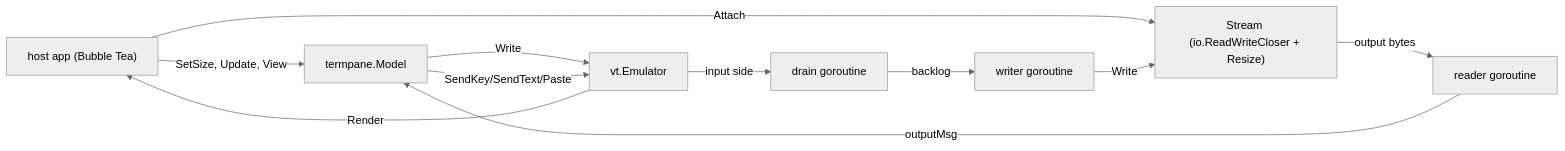
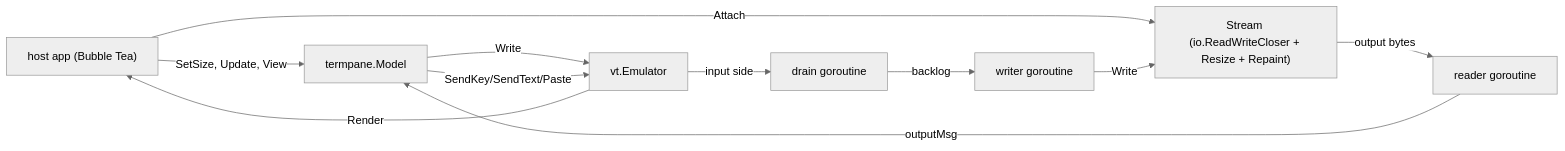
The diagram in termpane/DESIGN.md (discobox-ai/discobox), drawn with Mermaid (neutral theme) before and after one commit. The commit also changed other lines of this file and 18 other files, not shown here.

````diff
--- a/termpane/DESIGN.md
+++ b/termpane/DESIGN.md
@@ -23,13 +23,13 @@
 ```mermaid
 flowchart LR
     Host["host app (Bubble Tea)"] -->|SetSize, Update, View| M["termpane.Model"]
-    Host -->|Attach| S["Stream (io.ReadWriteCloser + Resize)"]
+    Host -->|Attach| S["Stream (io.ReadWriteCloser + Resize + Repaint)"]
     S -->|output bytes| R["reader goroutine"]
     R -->|outputMsg| M
     M -->|Write| E["vt.Emulator"]
     E -->|Render| Host
     M -->|SendKey/SendText/Paste| E
     E -->|input side| D["drain goroutine"]
     D -->|backlog| W["writer goroutine"]
     W -->|Write| S
 ```
````
